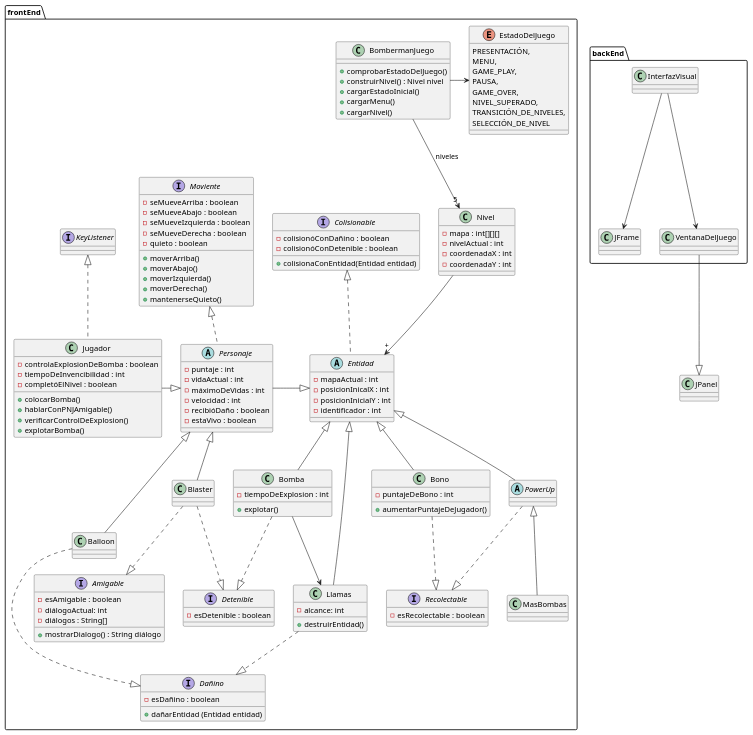
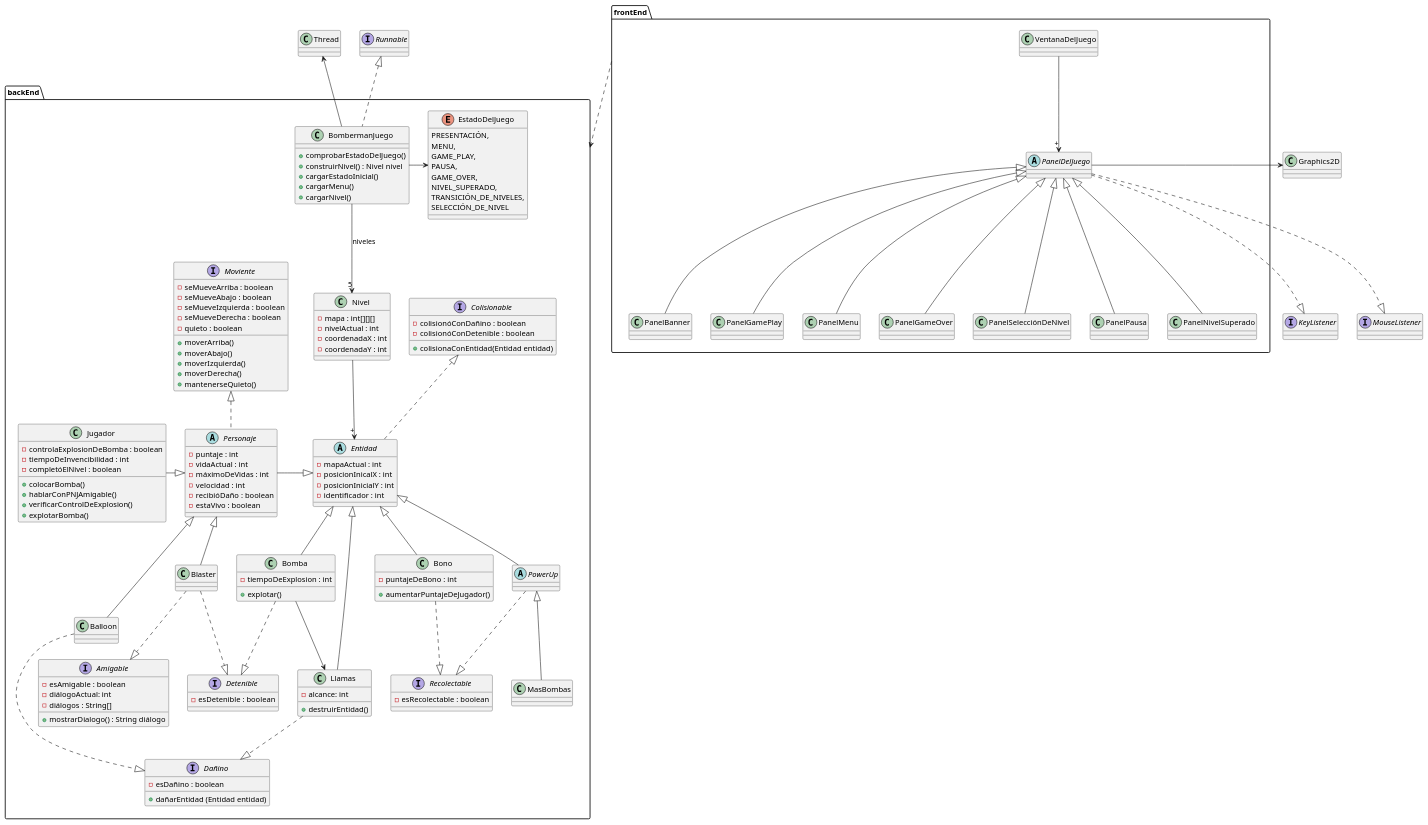
Before and after one commit to KealPetu/BombermanPersonal: the diagram in src/Bomberman.puml, drawn with PlantUML. The commit also changed 10 other files, not shown here.

```diff
--- a/src/Bomberman.puml
+++ b/src/Bomberman.puml
@@ -1,174 +1,193 @@
 @startuml
 'https://plantuml.com/class-diagram
 
-package "frontEnd" {
+package "backEnd" {
     class BombermanJuego{
 
         + comprobarEstadoDelJuego()
         + construirNivel() : Nivel nivel
         + cargarEstadoInicial()
         + cargarMenu()
         + cargarNivel()
     }
 
     enum EstadoDelJuego {
 
         PRESENTACIÓN,
         MENU,
         GAME_PLAY,
         PAUSA,
         GAME_OVER,
         NIVEL_SUPERADO,
         TRANSICIÓN_DE_NIVELES,
         SELECCIÓN_DE_NIVEL
     }
 
     class Nivel {
 
         - mapa : int[][][]
         - nivelActual : int
         - coordenadaX : int
         - coordenadaY : int
     }
 
     abstract class Entidad {
 
         - mapaActual : int
         - posicionInicalX : int
         - posicionInicialY : int
         - identificador : int
     }
 
     abstract class Personaje {
 
         - puntaje : int
         - vidaActual : int
         - máximoDeVidas : int
         - velocidad : int
         - recibióDaño : boolean
         - estaVivo : boolean
     }
 
     class Jugador {
 
         - controlaExplosionDeBomba : boolean
         - tiempoDeInvencibilidad : int
         - completóElNivel : boolean
         + colocarBomba()
         + hablarConPNJAmigable()
         + verificarControlDeExplosion()
         + explotarBomba()
     }
 
     interface Moviente {
         - seMueveArriba : boolean
         - seMueveAbajo : boolean
         - seMueveIzquierda : boolean
         - seMueveDerecha : boolean
         - quieto : boolean
 
         + moverArriba()
         + moverAbajo()
         + moverIzquierda()
         + moverDerecha()
         + mantenerseQuieto()
     }
     interface Recolectable {
 
         - esRecolectable : boolean
     }
 
     interface Colisionable {
 
         - colisionóConDañino : boolean
         - colisionóConDetenible : boolean
         + colisionaConEntidad(Entidad entidad)
     }
 
     interface Amigable {
 
         - esAmigable : boolean
         - diálogoActual: int
         - diálogos : String[]
         + mostrarDialogo() : String diálogo
     }
 
     interface Dañino {
 
         - esDañino : boolean
         + dañarEntidad (Entidad entidad)
     }
 
     interface Detenible {
 
         - esDetenible : boolean
     }
 
-    interface KeyListener
-
 
     class Balloon
     class Blaster
 
     class Bomba {
 
         - tiempoDeExplosion : int
         + explotar()
     }
 
     class Llamas {
 
         - alcance: int
         + destruirEntidad()
     }
 
     class Bono {
 
         - puntajeDeBono : int
         + aumentarPuntajeDeJugador()
     }
 
     abstract class PowerUp {
 
     }
 
     class MasBombas
 
 }
 
-package "backEnd"{
-    class InterfazVisual
-    class JFrame
+package "frontEnd"{
+
     class VentanaDelJuego
-
-
+    abstract class PanelDelJuego
+    class PanelBanner
+    class PanelGamePlay
+    class PanelMenu
+    class PanelGameOver
+    class PanelSelecciónDeNivel
+    class PanelPausa
+    class PanelNivelSuperado
 }
 
-BombermanJuego           --> "5"    Nivel: niveles
-BombermanJuego          -r->        EstadoDelJuego
+"frontEnd"..>"backEnd"
+
+interface Runnable
+interface KeyListener
+interface MouseListener
+
+BombermanJuego            --> "5"   Nivel: niveles
+BombermanJuego           -r->       EstadoDelJuego
+BombermanJuego           .u.|>      Runnable
+BombermanJuego            -u->      Thread
 Entidad                 .u.|>       Colisionable
 Nivel                     --> "+"   Entidad
 Personaje               -r-|>       Entidad
 Bomba                   -u-|>       Entidad
 Bomba                    -d->       Llamas
-Bomba                   ..|>        Detenible
-Blaster                   ..|>        Detenible
+Bomba                    ..|>       Detenible
+Blaster                  ..|>       Detenible
 Llamas                  -l-|>       Entidad
 Llamas                   ..|>       Dañino
 PowerUp                 -u-|>       Entidad
 PowerUp                  ..|>       Recolectable
 MasBombas               -u-|>       PowerUp
 Bono                    -u-|>       Entidad
 Bono                     ..|>       Recolectable
 Personaje               .u.|>       Moviente
 Jugador                 -r-|>       Personaje
-Jugador                 .U.|>       KeyListener
 Balloon                 -u-|>       Personaje
 Balloon                  ..|>       Dañino
 Blaster                 -u-|>       Personaje
 Blaster                  ..|>       Amigable
 
-VentanaDelJuego --|> JPanel
-InterfazVisual --> VentanaDelJuego
-InterfazVisual --> JFrame
+
+VentanaDelJuego --> "+" PanelDelJuego
+PanelDelJuego ..|> KeyListener
+PanelDelJuego ..|> MouseListener
+PanelDelJuego -r-> Graphics2D
+PanelBanner-u-|>PanelDelJuego
+PanelGamePlay-u-|>PanelDelJuego
+PanelPausa-u-|>PanelDelJuego
+PanelMenu-u-|>PanelDelJuego
+PanelNivelSuperado-u-|>PanelDelJuego
+PanelGameOver -u-|>PanelDelJuego
+PanelSelecciónDeNivel-u-|>PanelDelJuego
 @enduml
```
